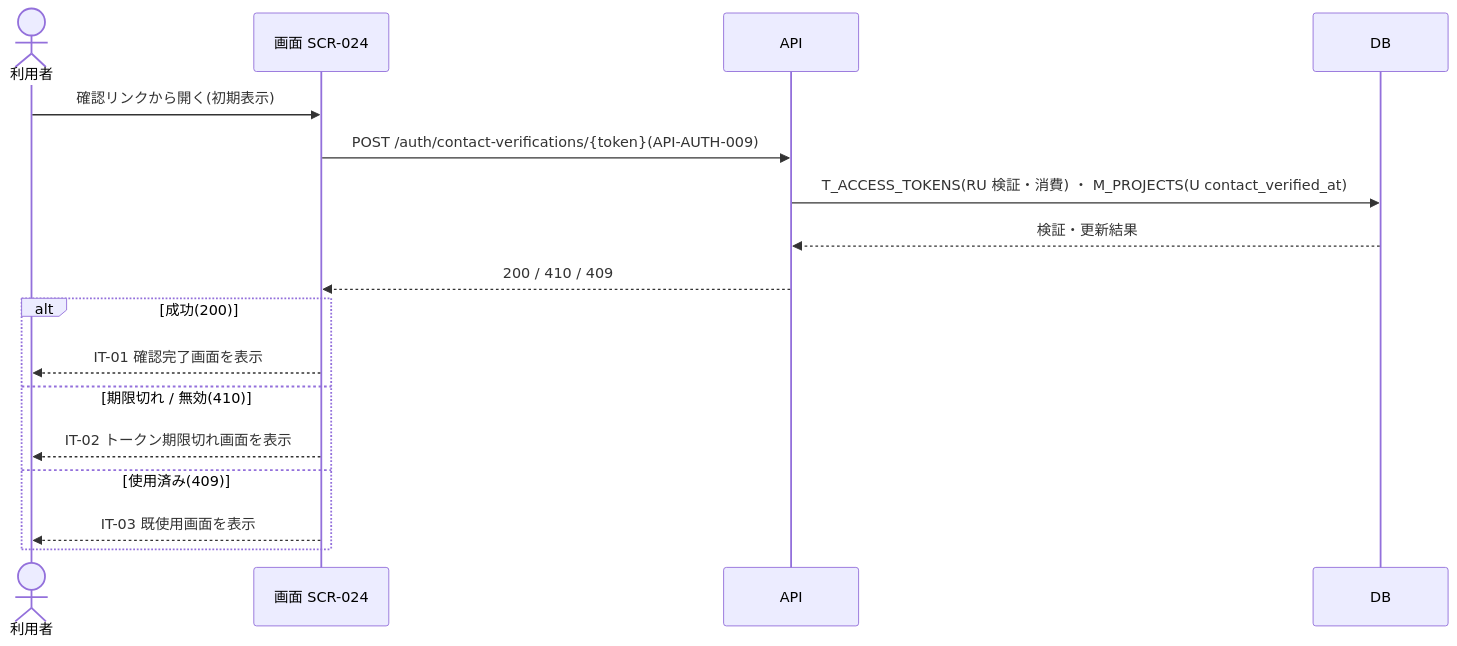
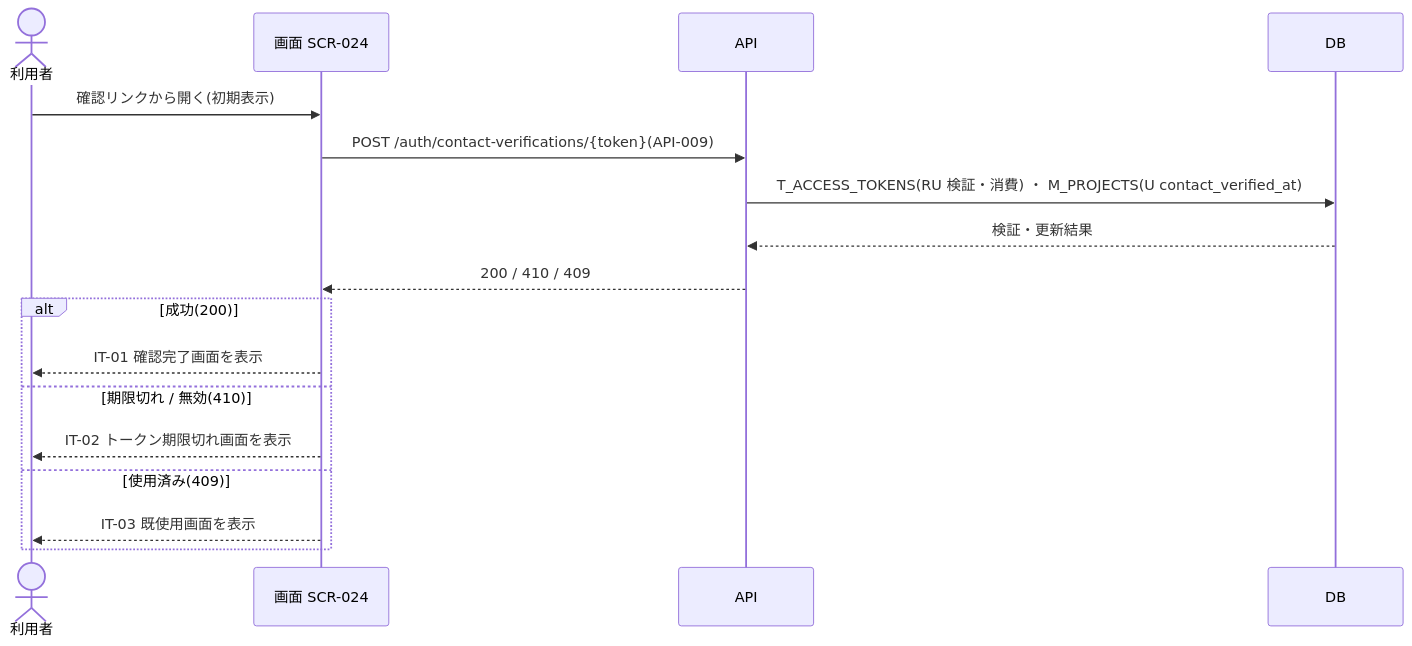
One commit to sikakou54/open-faq changed the diagram in 01_requirements/02_business_usecases/UC-194.md. Above: the diagram before and after it, drawn with Mermaid. The commit also changed other lines of this file and 321 other files, not shown here.

````diff
--- a/01_requirements/02_business_usecases/UC-194.md
+++ b/01_requirements/02_business_usecases/UC-194.md
@@ -42,19 +42,19 @@
 ```mermaid
 sequenceDiagram
   actor U as 利用者
   participant S as 画面 SCR-024
   participant API as API
   participant DB as DB
   U->>S: 確認リンクから開く(初期表示)
-  S->>API: POST /auth/contact-verifications/{token}(API-AUTH-009)
+  S->>API: POST /auth/contact-verifications/{token}(API-009)
   API->>DB: T_ACCESS_TOKENS(RU 検証・消費) ・ M_PROJECTS(U contact_verified_at)
   DB-->>API: 検証・更新結果
   API-->>S: 200 / 410 / 409
   alt 成功(200)
     S-->>U: IT-01 確認完了画面を表示
   else 期限切れ / 無効(410)
     S-->>U: IT-02 トークン期限切れ画面を表示
   else 使用済み(409)
     S-->>U: IT-03 既使用画面を表示
   end
 ```
````
